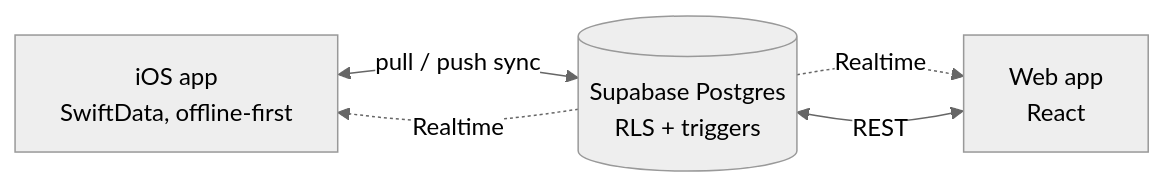
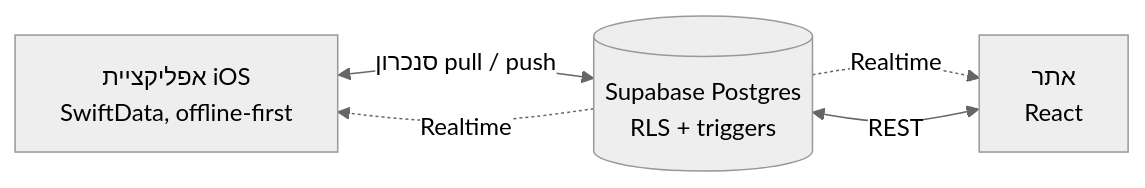
Before and after one commit to MikelBeizermam/MyMoney: the diagram in README.md, drawn with Mermaid (neutral theme). The commit also changed other lines of this file, not shown here.

````diff
--- a/README.md
+++ b/README.md
@@ -41,7 +41,7 @@
 ```mermaid
 flowchart LR
-    iOS[iOS app<br/>SwiftData, offline-first] <-->|pull / push sync| DB[(Supabase Postgres<br/>RLS + triggers)]
-    Web[Web app<br/>React] <-->|REST| DB
+    iOS[אפליקציית iOS<br/>SwiftData, offline-first] <-->|סנכרון pull / push| DB[(Supabase Postgres<br/>RLS + triggers)]
+    Web[אתר<br/>React] <-->|REST| DB
     DB -. Realtime .-> iOS
     DB -. Realtime .-> Web
 ```
````
